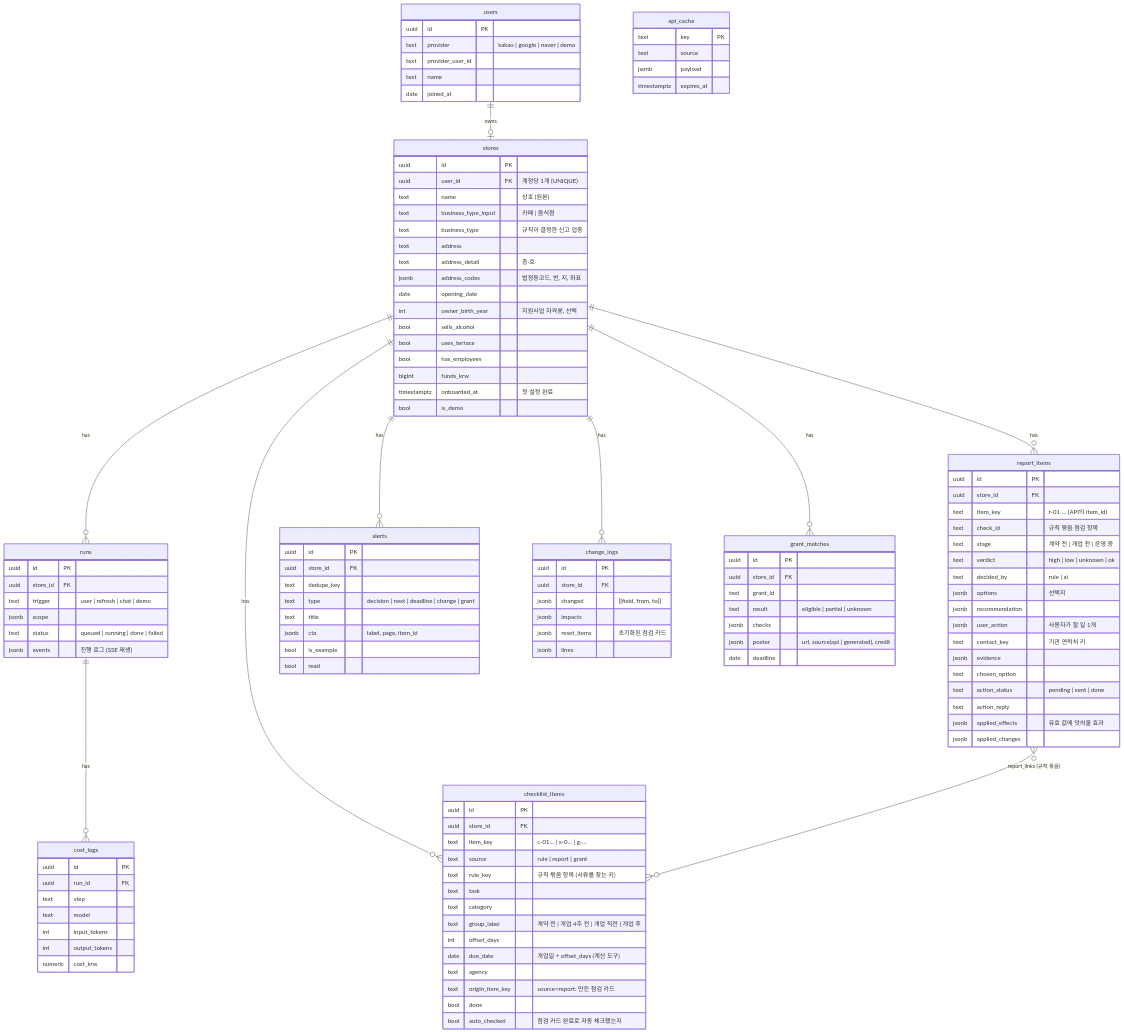
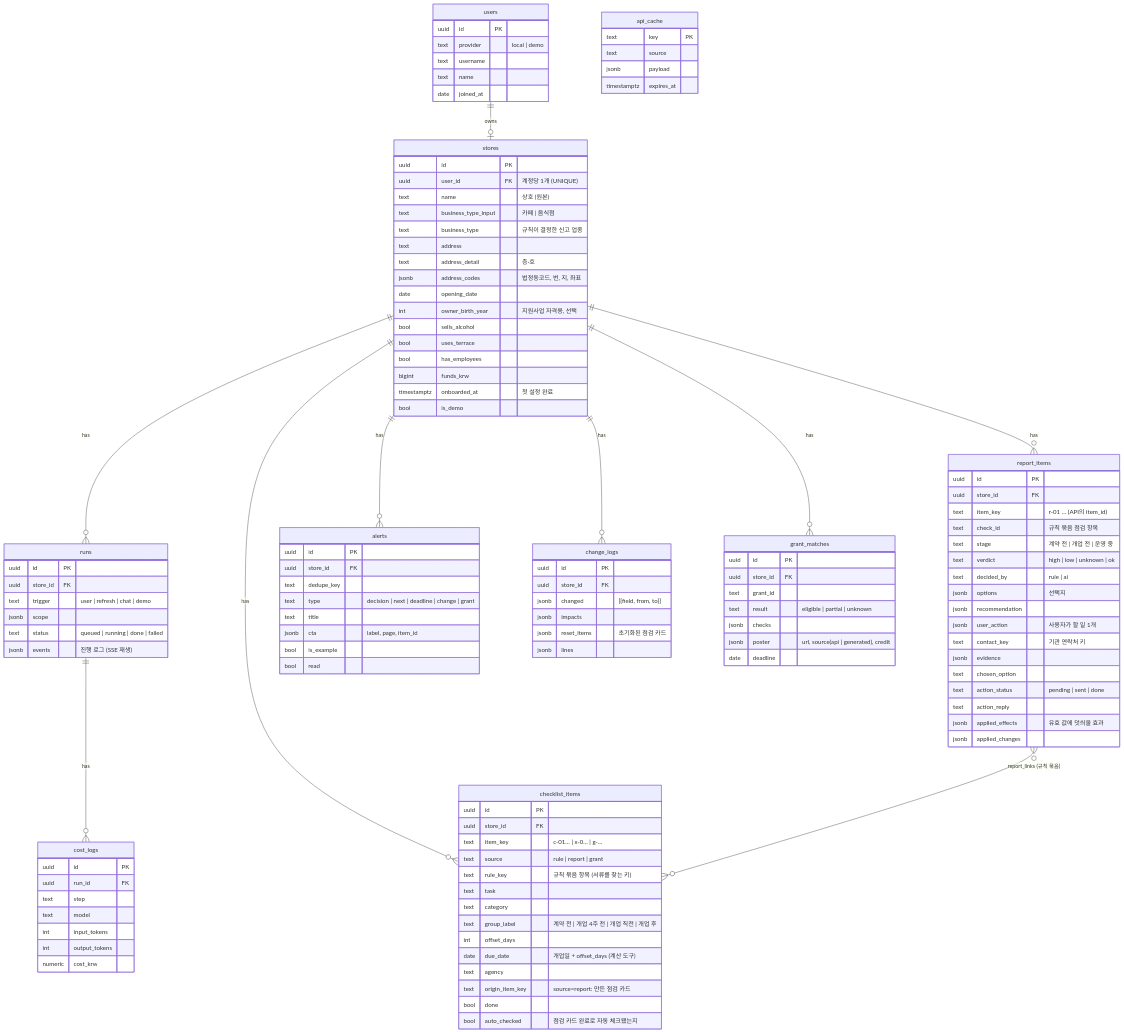
The fourth of 4 diagrams in docs/아키텍처_인프라.md (kimtaeg/Foundy), drawn with Mermaid before and after one commit. The commit also changed other lines of this file and 7 other files, not shown here.

```diff
--- a/docs/아키텍처_인프라.md
+++ b/docs/아키텍처_인프라.md
@@ -376,8 +373,8 @@
 
     users {
         uuid id PK
-        text provider "kakao | google | naver | demo"
-        text provider_user_id
+        text provider "local | demo"
+        text username
         text name
         date joined_at
     }
```
